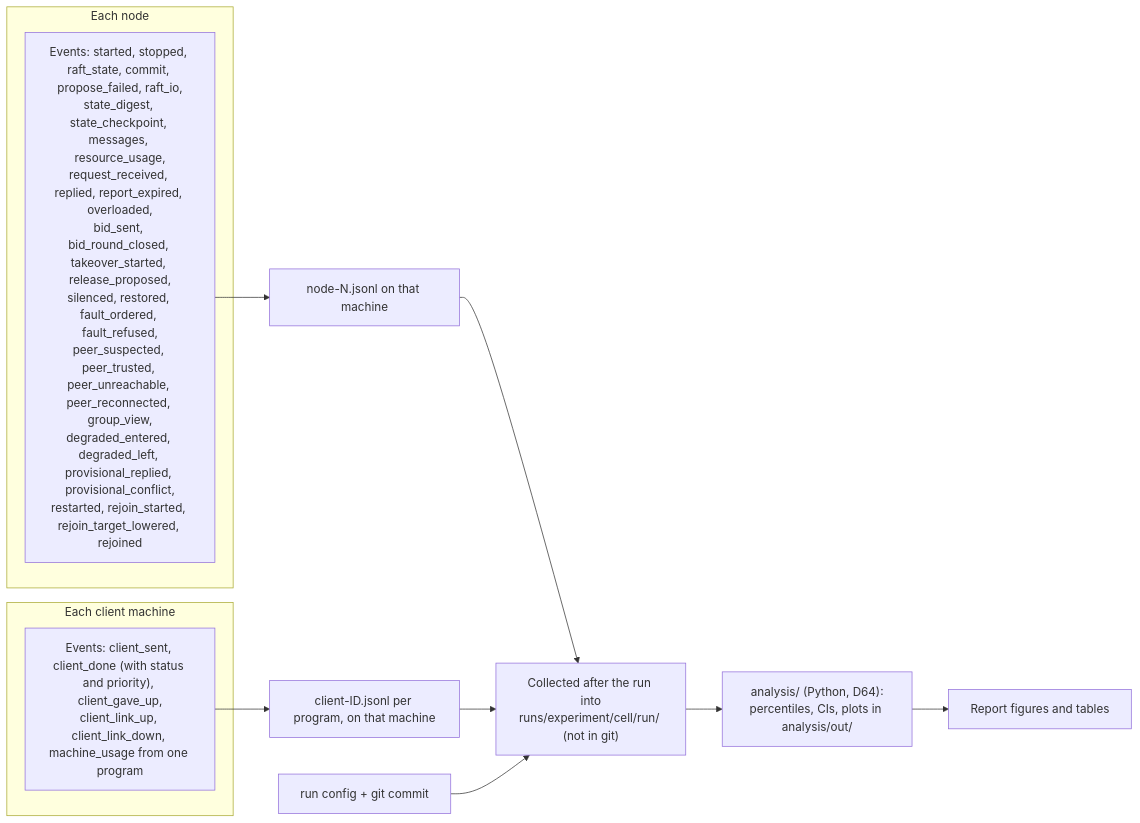
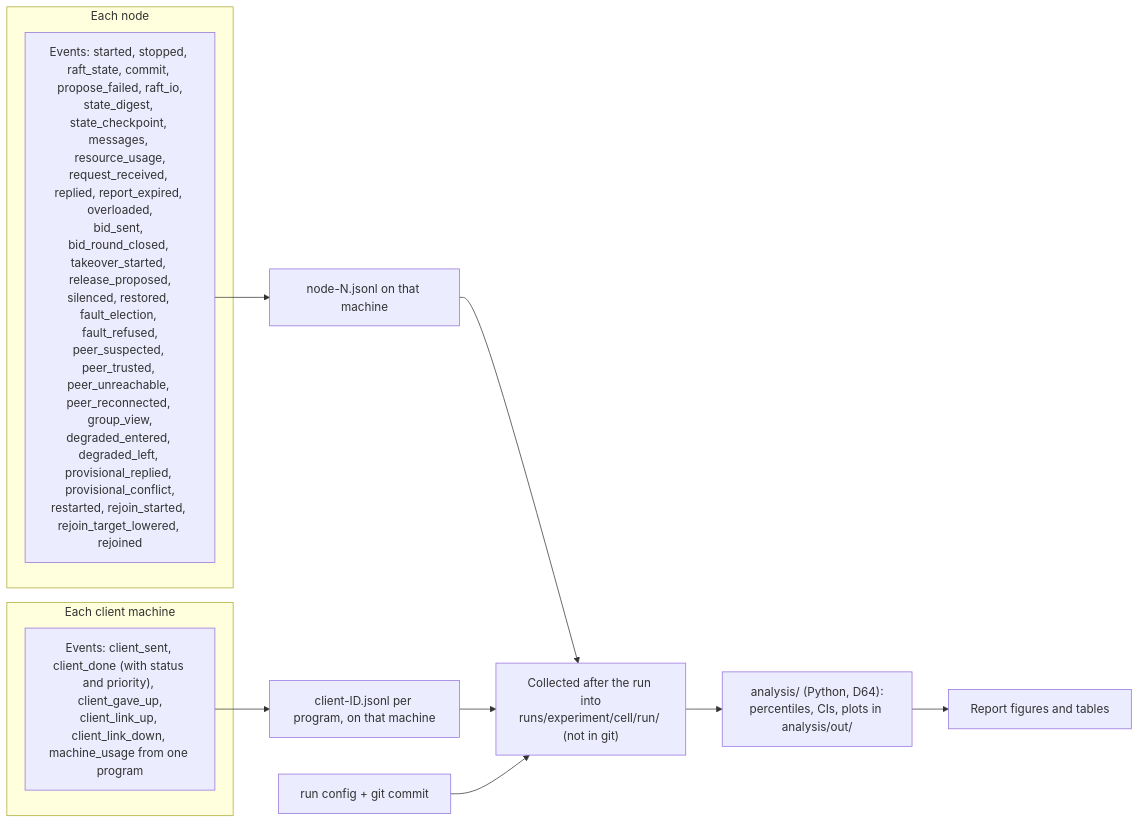
Diagram 41 of 43 in docs/architecture.md (noortaytoy1/DistributedSystems), drawn with Mermaid before and after one commit. The commit also changed other lines of this file and 6 other files, not shown here.

First line of the commit message:
Add the fault election and the proposal queue to the docs (D133, D158-D162)

````diff
--- a/docs/architecture.md
+++ b/docs/architecture.md
@@ -1579,16 +1578,16 @@
 ```mermaid
 flowchart LR
     subgraph NODE["Each node"]
-        NE["Events: started, stopped, raft_state, commit, propose_failed, raft_io,<br/>state_digest, state_checkpoint, messages, resource_usage,<br/>request_received, replied, report_expired, overloaded,<br/>bid_sent, bid_round_closed, takeover_started, release_proposed,<br/>silenced, restored, fault_ordered, fault_refused,<br/>peer_suspected, peer_trusted, peer_unreachable, peer_reconnected, group_view,<br/>degraded_entered, degraded_left, provisional_replied, provisional_conflict,<br/>restarted, rejoin_started, rejoin_target_lowered, rejoined"]
+        NE["Events: started, stopped, raft_state, commit, propose_failed, raft_io,<br/>state_digest, state_checkpoint, messages, resource_usage,<br/>request_received, replied, report_expired, overloaded,<br/>bid_sent, bid_round_closed, takeover_started, release_proposed,<br/>silenced, restored, fault_election, fault_refused,<br/>peer_suspected, peer_trusted, peer_unreachable, peer_reconnected, group_view,<br/>degraded_entered, degraded_left, provisional_replied, provisional_conflict,<br/>restarted, rejoin_started, rejoin_target_lowered, rejoined"]
     end
     subgraph CLIENT["Each client machine"]
         CE["Events: client_sent, client_done (with status and priority), client_gave_up,<br/>client_link_up, client_link_down, machine_usage from one program"]
     end
     NE --> NF["node-N.jsonl on that machine"]
     CE --> CF["client-ID.jsonl per program, on that machine"]
     NF --> COL["Collected after the run into<br/>runs/experiment/cell/run/ (not in git)"]
     CF --> COL
     CFG["run config + git commit"] --> COL
     COL --> AN["analysis/ (Python, D64):<br/>percentiles, CIs, plots in analysis/out/"]
     AN --> REP["Report figures and tables"]
 ```
````
